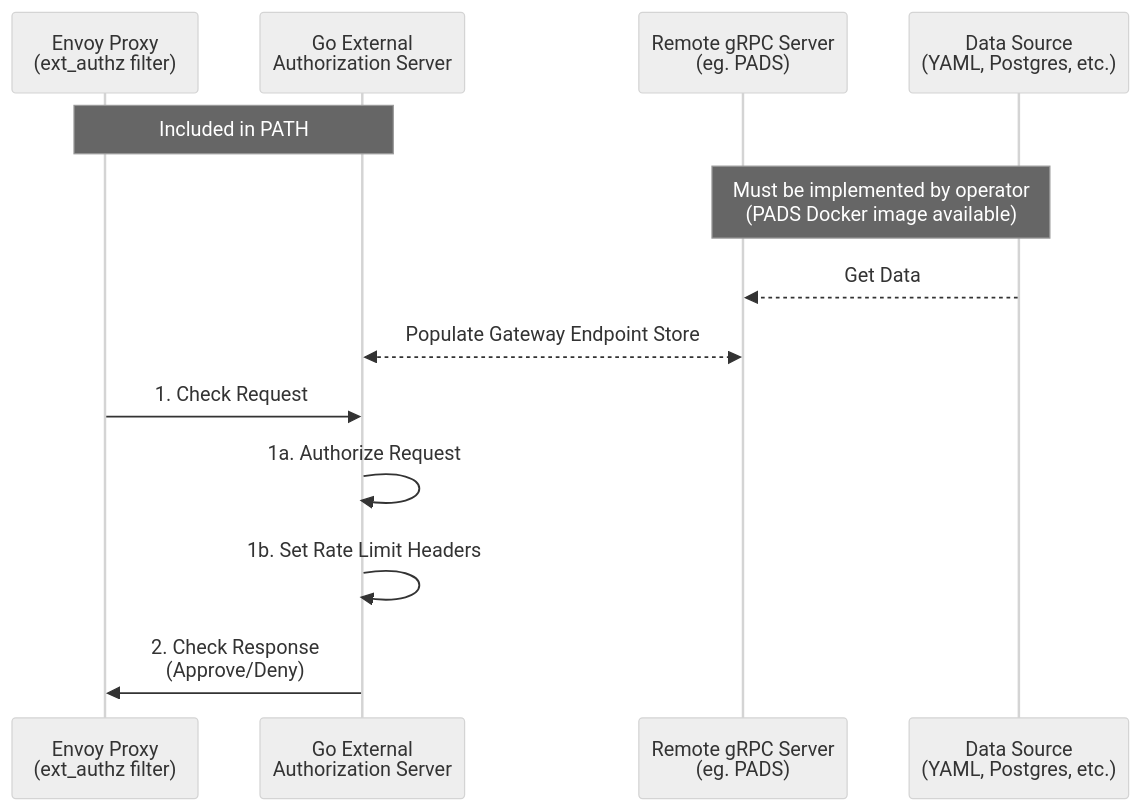
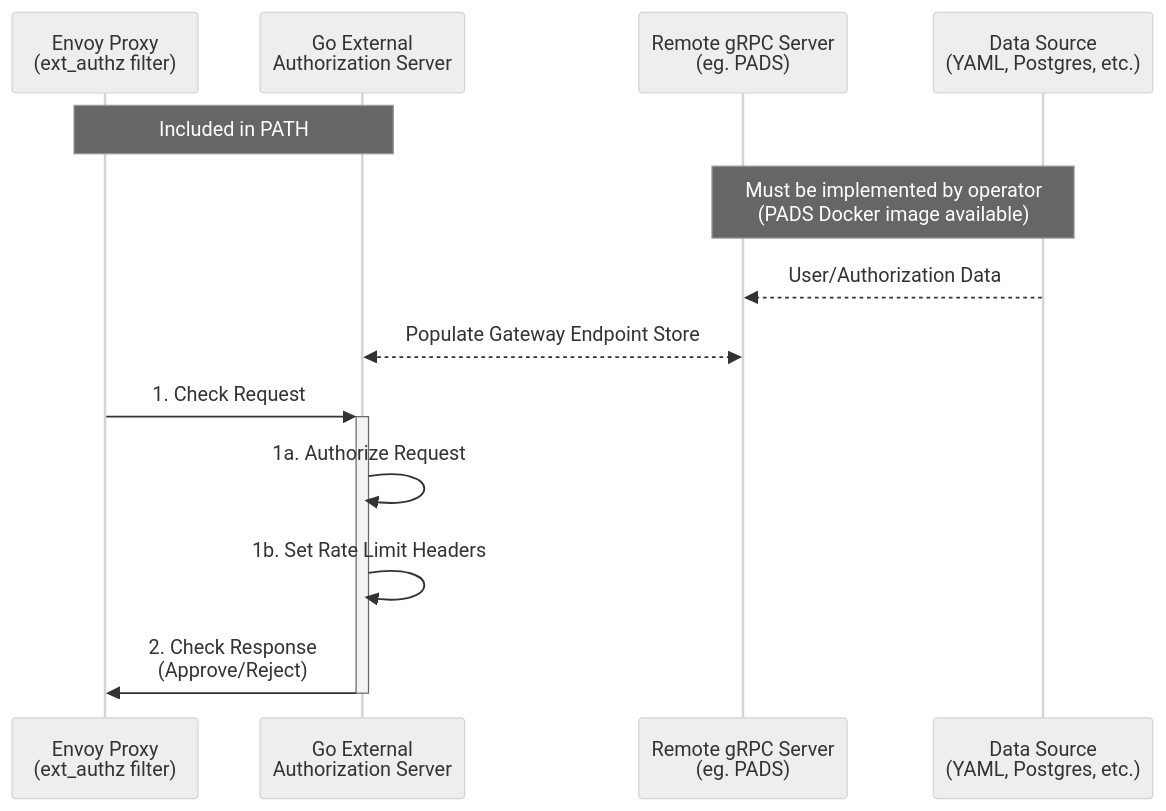
One commit to buildwithgrove/path changed the third of 3 diagrams in envoy/README.md. Above: the diagram before and after it, drawn with Mermaid (neutral theme). The commit also changed other lines of this file, not shown here.

Commit message:
Review envoy/README.md

````diff
--- a/envoy/README.md
+++ b/envoy/README.md
@@ -250,20 +288,20 @@
 ```mermaid
 sequenceDiagram
     participant EnvoyProxy as Envoy Proxy<br>(ext_authz filter)
     participant GoAuthServer as Go External<br>Authorization Server
     participant RemoteGRPC as Remote gRPC Server<br>(eg. PADS)
     participant DataSource as Data Source<br>(YAML, Postgres, etc.)
 
     %% Grouping "Included in PATH"
     Note over EnvoyProxy, GoAuthServer: Included in PATH
 
     %% Grouping "Must be implemented by operator"
     Note over RemoteGRPC, DataSource: Must be implemented by operator<br>(PADS Docker image available)
 
-    DataSource-->>RemoteGRPC: Get Data
+    DataSource-->>RemoteGRPC: User/Authorization Data
     RemoteGRPC<<-->>GoAuthServer: Populate Gateway Endpoint Store
-    EnvoyProxy->>GoAuthServer: 1. Check Request
+    EnvoyProxy->>+GoAuthServer: 1. Check Request
     GoAuthServer->>GoAuthServer: 1a. Authorize Request
     GoAuthServer->>GoAuthServer: 1b. Set Rate Limit Headers
-    GoAuthServer->>EnvoyProxy: 2. Check Response<br>(Approve/Deny)
+    GoAuthServer->>-EnvoyProxy: 2. Check Response<br>(Approve/Reject)
 ```
````
